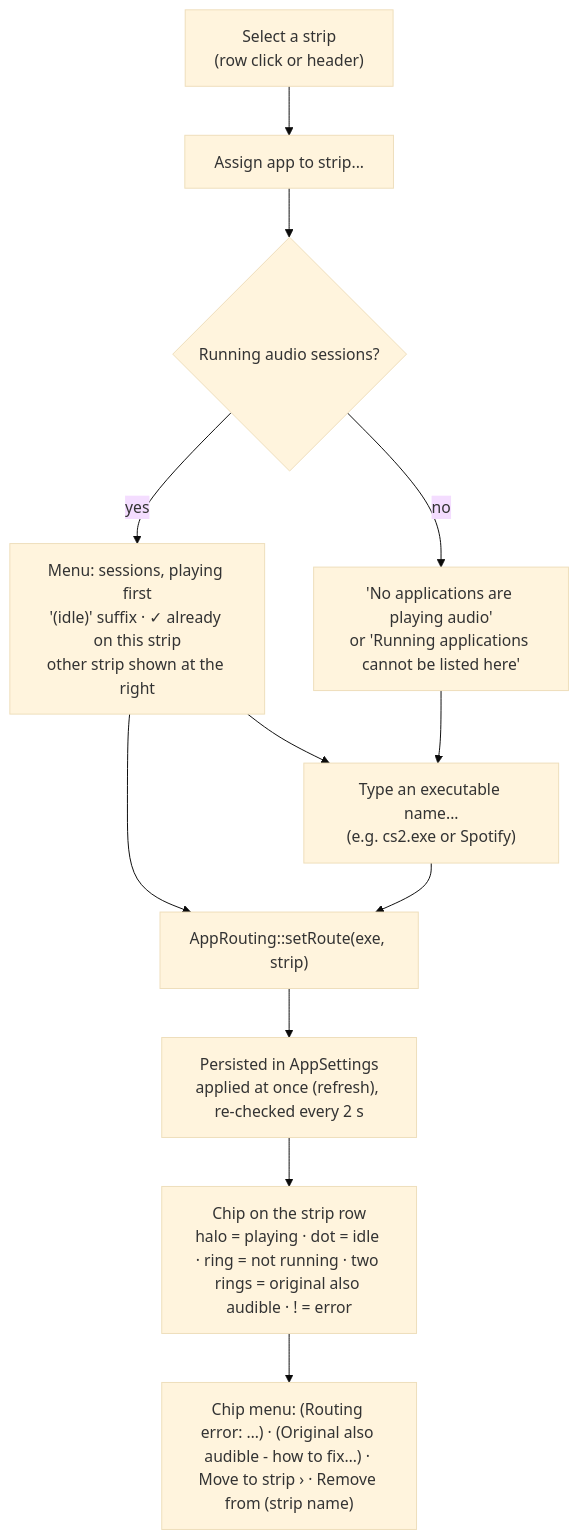
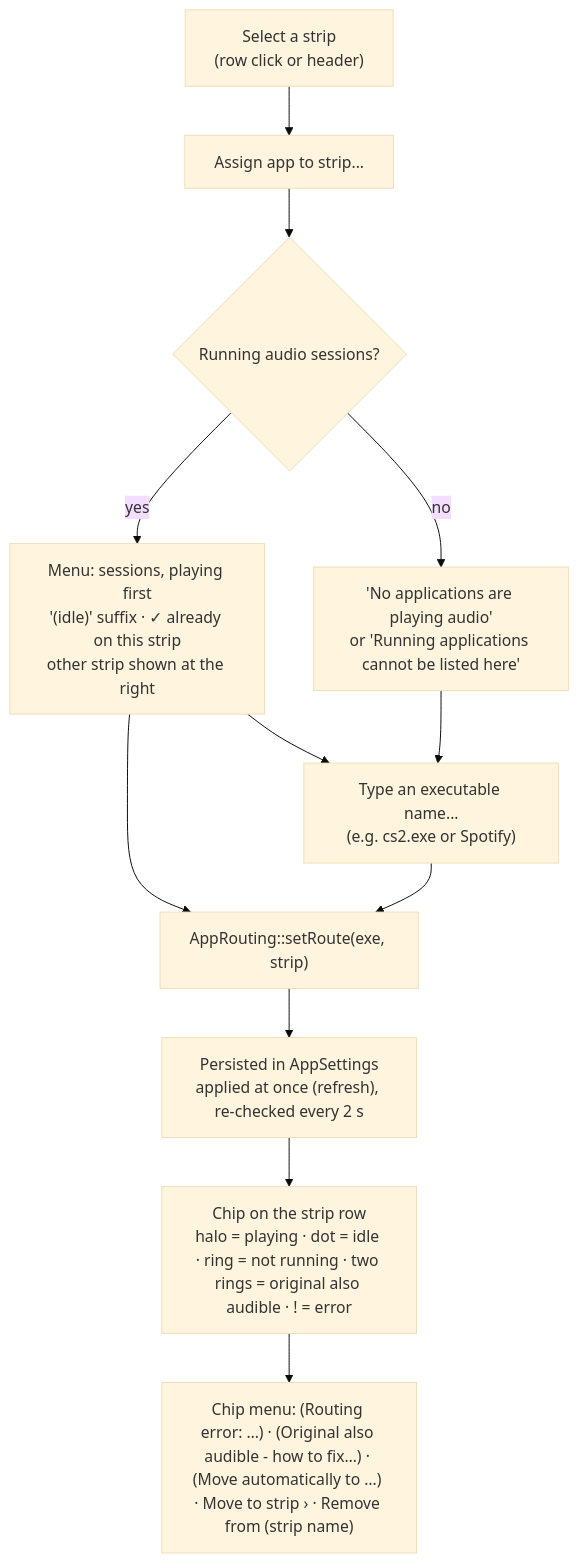
One commit to flubydooby-creator/Flubsound changed the second of 2 diagrams in docs/06-gui.md. Above: the diagram before and after it, drawn with Mermaid (base theme). The commit also changed other lines of this file and 27 other files, not shown here.

````diff
--- a/docs/06-gui.md
+++ b/docs/06-gui.md
@@ -1566,14 +1573,14 @@
 ```mermaid
 flowchart TD
     S["Select a strip<br/>(row click or header)"] --> A["Assign app to strip..."]
     A --> M{"Running audio sessions?"}
     M -->|yes| L["Menu: sessions, playing first<br/>'(idle)' suffix · ✓ already on this strip<br/>other strip shown at the right"]
     M -->|no| N["'No applications are playing audio'<br/>or 'Running applications cannot be listed here'"]
     L --> R["AppRouting::setRoute(exe, strip)"]
     N --> T["Type an executable name...<br/>(e.g. cs2.exe or Spotify)"]
     L --> T
     T --> R
     R --> P["Persisted in AppSettings<br/>applied at once (refresh), re-checked every 2 s"]
     P --> C["Chip on the strip row<br/>halo = playing · dot = idle · ring = not running · two rings = original also audible · ! = error"]
-    C --> X["Chip menu: (Routing error: …) · (Original also audible - how to fix…) · Move to strip › · Remove from (strip name)"]
+    C --> X["Chip menu: (Routing error: …) · (Original also audible - how to fix…) · (Move automatically to …) · Move to strip › · Remove from (strip name)"]
 ```
````
